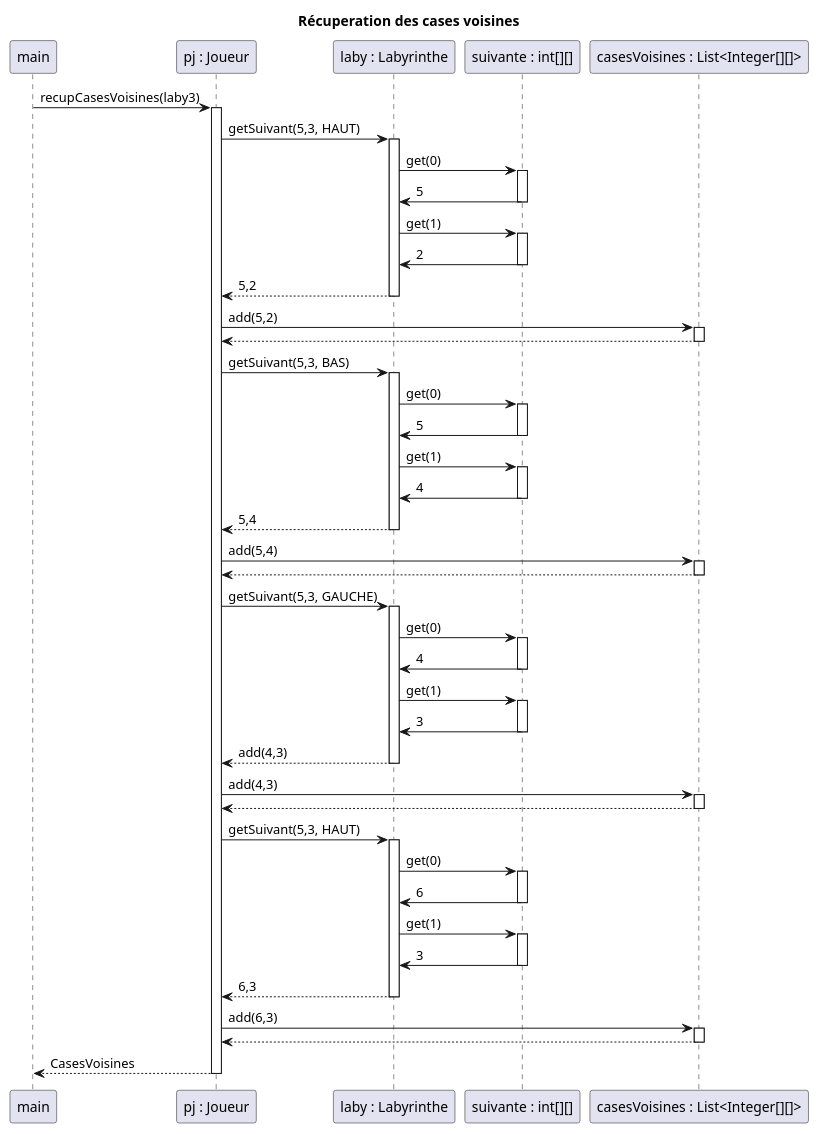
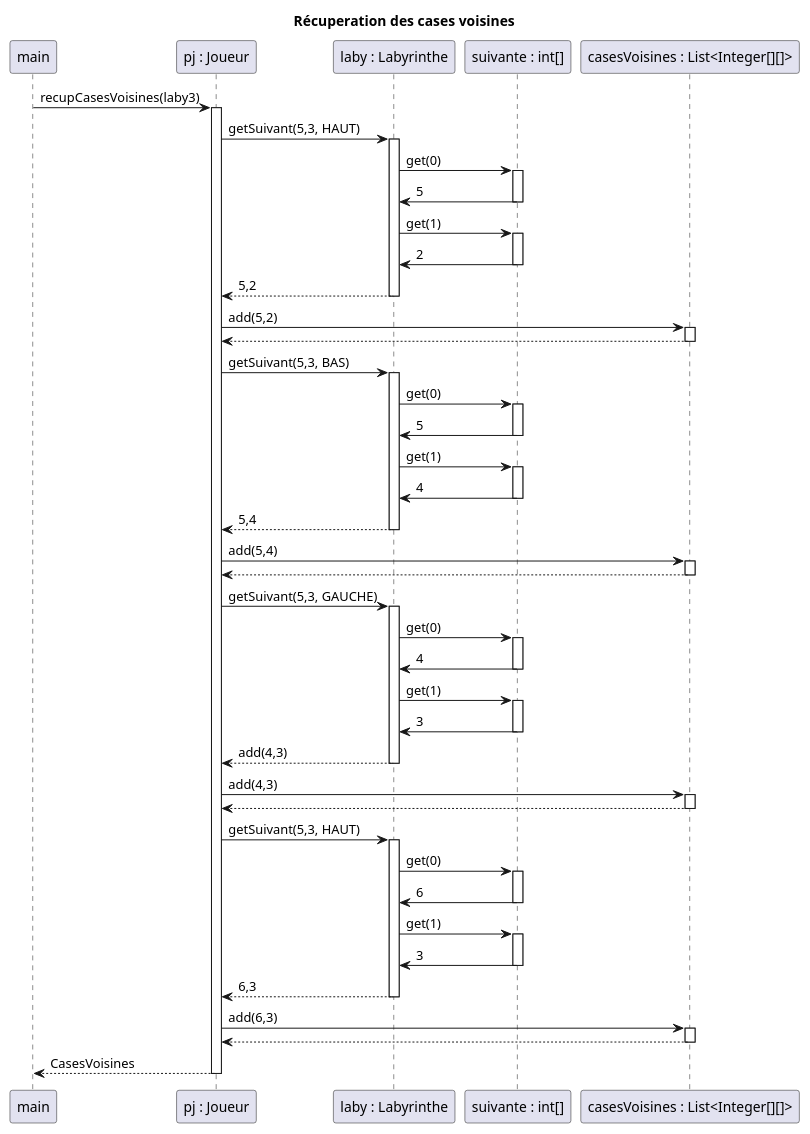
Before and after one commit to TanguyFox/2022_Zeldiablo_renard136u_seiler33u_serrier26u_arcelin1u: the diagram in documents/version_4/diagSequenceRecupCasesVoisines.puml, drawn with PlantUML.

Commit message:
correction

```diff
--- a/documents/version_4/diagSequenceRecupCasesVoisines.puml
+++ b/documents/version_4/diagSequenceRecupCasesVoisines.puml
@@ -1,91 +1,91 @@
 @startuml
 'https://plantuml.com/sequence-diagram
 
 title Récuperation des cases voisines
 
 participant "main" as M
 participant "pj : Joueur" as J
 participant "laby : Labyrinthe" as L
-participant "suivante : int[][]" as S
+participant "suivante : int[]" as S
 participant "casesVoisines : List<Integer[][]>" as CS
 
 M -> J : recupCasesVoisines(laby3)
 activate J
 
 J -> L : getSuivant(5,3, HAUT)
 activate L
 L -> S : get(0)
 activate S
 S -> L : 5
 deactivate S
 L -> S : get(1)
 activate S
 S -> L : 2
 deactivate S
 L --> J : 5,2
 deactivate L
 
 J -> CS : add(5,2)
 activate CS
 CS --> J
 deactivate CS
 
 
 J -> L : getSuivant(5,3, BAS)
 activate L
 L -> S : get(0)
 activate S
 S -> L : 5
 deactivate S
 L -> S : get(1)
 activate S
 S -> L : 4
 deactivate S
 L --> J : 5,4
 deactivate L
 
 J -> CS : add(5,4)
 activate CS
 CS --> J
 deactivate CS
 
 J -> L : getSuivant(5,3, GAUCHE)
 activate L
 L -> S : get(0)
 activate S
 S -> L : 4
 deactivate S
 L -> S : get(1)
 activate S
 S -> L : 3
 deactivate S
 L --> J : add(4,3)
 deactivate L
 
 J -> CS : add(4,3)
 activate CS
 CS --> J
 deactivate CS
 
 J -> L : getSuivant(5,3, HAUT)
 activate L
 L -> S : get(0)
 activate S
 S -> L : 6
 deactivate S
 L -> S : get(1)
 activate S
 S -> L : 3
 deactivate S
 L --> J : 6,3
 deactivate L
 
 J -> CS : add(6,3)
 activate CS
 CS --> J
 deactivate CS
 
 J --> M : CasesVoisines
 deactivate J
 
 @enduml
```
